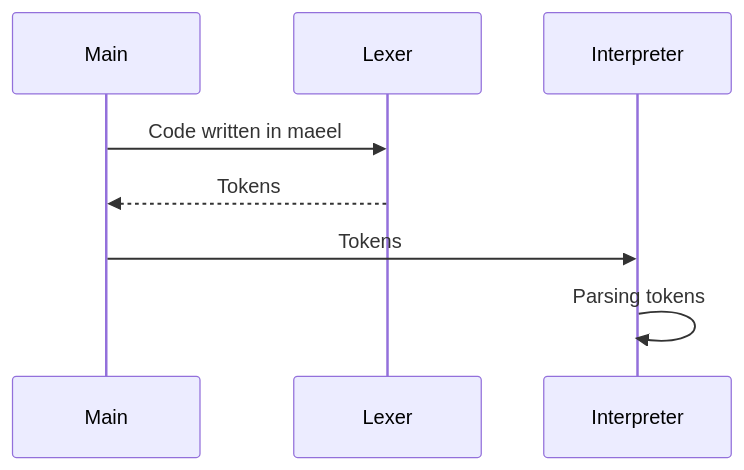
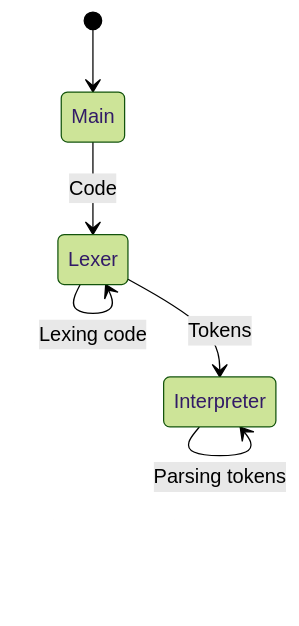
Before and after one commit to Traumatism/maeel: the diagram in README.md, drawn with Mermaid.

````diff
--- a/README.md
+++ b/README.md
@@ -3,11 +3,11 @@
 ```mermaid
-sequenceDiagram
-    participant Main
-    participant Lexer
-    participant Interpreter
+%%{init: {'theme':'forest'}}%%
 
-    Main->>Lexer: Code written in maeel
-    Lexer-->>Main: Tokens
-    Main->>Interpreter: Tokens
-    Interpreter->>Interpreter: Parsing tokens
+stateDiagram-v2
+    [*] --> Main
+    Main --> Lexer: Code
+    Lexer --> Lexer: Lexing code
+
+    Lexer --> Interpreter: Tokens
+    Interpreter --> Interpreter: Parsing tokens
 ```
````
